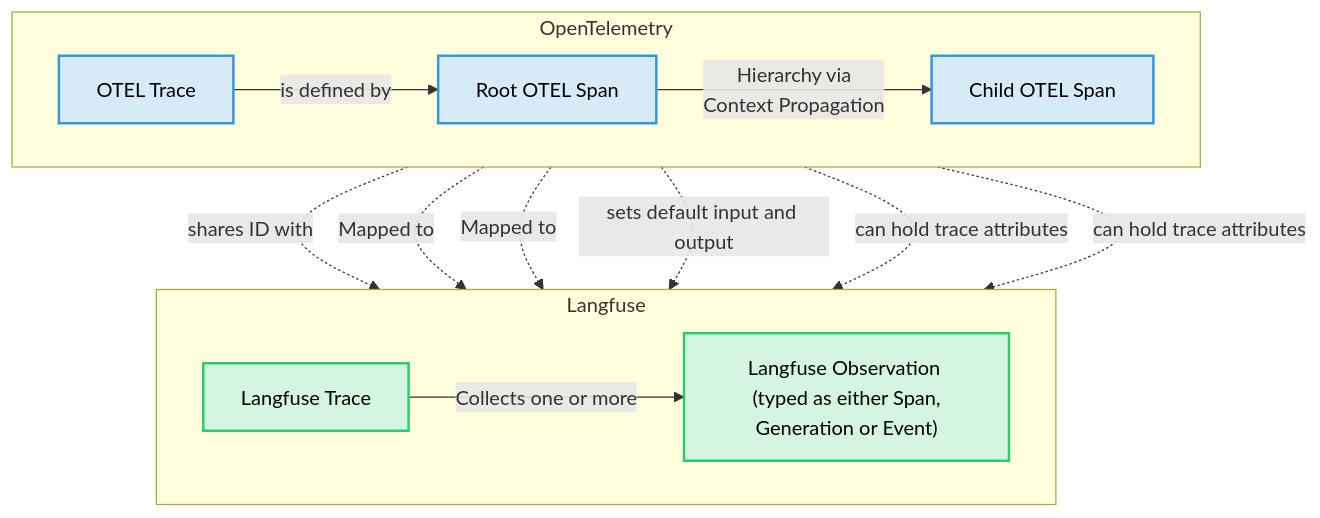
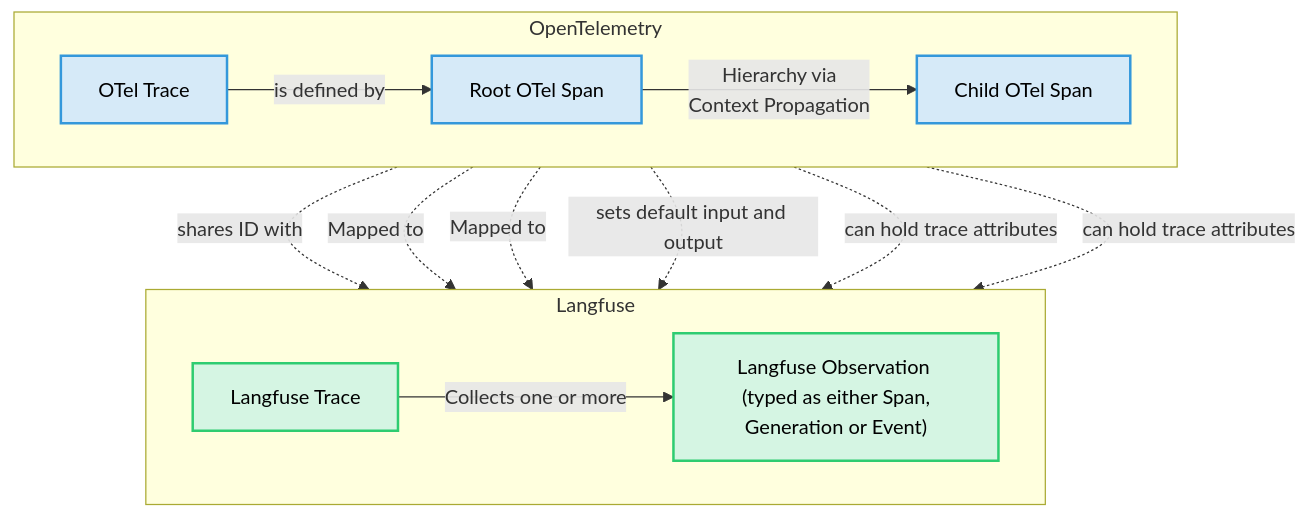
The diagram in pages/docs/observability/sdk/python/overview.mdx (langfuse/langfuse-docs), drawn with Mermaid before and after one commit. The commit also changed other lines of this file and 6 other files, not shown here.

````diff
--- a/pages/docs/observability/sdk/python/overview.mdx
+++ b/pages/docs/observability/sdk/python/overview.mdx
@@ -79,34 +81,34 @@
 ```mermaid
 graph TD
     subgraph OTEL_Core_Concepts ["OpenTelemetry"]
         direction LR
-        OTEL_Trace["OTEL Trace"]
-        Root_OTEL_Span["Root OTEL Span"]
-        Child_OTEL_Span["Child OTEL Span"]
+        OTEL_Trace["OTel Trace"]
+        Root_OTEL_Span["Root OTel Span"]
+        Child_OTEL_Span["Child OTel Span"]
 
         OTEL_Trace -- is defined by --> Root_OTEL_Span
         Root_OTEL_Span -- Hierarchy via <br/> Context Propagation --> Child_OTEL_Span
     end
 
     subgraph Langfuse_Mapping ["Langfuse"]
         direction LR
         LF_Trace["Langfuse Trace"]
         LF_Observation["Langfuse Observation <br/> (typed as either Span, Generation or Event)"]
 
         LF_Trace -- Collects one or more --> LF_Observation
     end
 
     OTEL_Trace -.->|shares ID with | LF_Trace
 
     Root_OTEL_Span -.->|Mapped to| LF_Observation
     Child_OTEL_Span -.->|Mapped to| LF_Observation
 
     Root_OTEL_Span -.->|sets default input and output | LF_Trace
     Root_OTEL_Span -.->|can hold trace attributes| LF_Trace
     Child_OTEL_Span -.->|can hold trace attributes| LF_Trace
 
     classDef otel fill:#D6EAF8,stroke:#3498DB,stroke-width:2px,color:#000;
     classDef langfuse fill:#D5F5E3,stroke:#2ECC71,stroke-width:2px,color:#000;
     class OTEL_Trace,Root_OTEL_Span,Child_OTEL_Span otel;
     class LF_Trace,LF_Observation langfuse;
 ```
````
